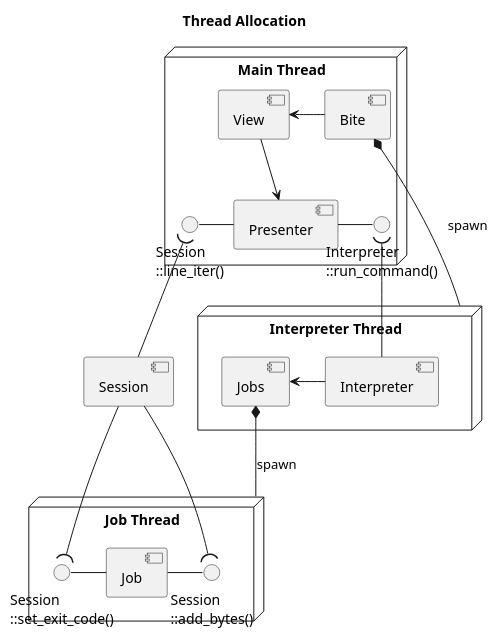
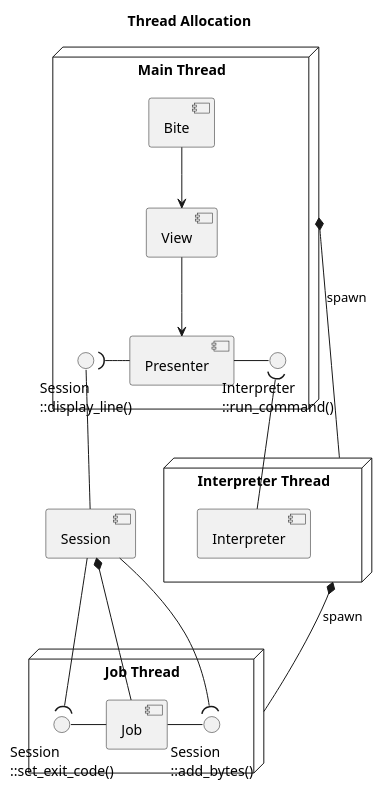
One commit to LarsEKrueger/bite changed the second of 6 diagrams in doc/architecture.pu. Above: the diagram before and after it, drawn with PlantUML. The commit also changed other lines of this file, not shown here.

Commit message:
doc: Update architecture diagrams

```diff
--- a/doc/architecture.pu
+++ b/doc/architecture.pu
@@ -31,45 +29,44 @@
 @startuml
 title Thread Allocation
 
 component Session
 
 node "Main Thread" as Main_Thread {
   [Bite]
   [View]
   [Presenter]
-  interface "Session\n::line_iter()" as Session_view
+  interface "Session\n::display_line()" as Session_view
   interface "Interpreter\n::run_command()" as Interpreter_execute
 }
 
 node "Interpreter Thread" as Interpreter_Thread {
   [Interpreter]
-  [Jobs]
 }
 
 node "Job Thread" as Job_Thread {
   interface "Session\n::add_bytes()" as Session_add
   [Job]
   interface "Session\n::set_exit_code()" as Session_set_exit_code
 }
 
-Bite *-right- Interpreter_Thread : spawn
-Jobs *-- Job_Thread : spawn
-[Bite] -left-> [View]
+Session *-- Job
+
+Main_Thread *-- Interpreter_Thread : spawn
+Interpreter_Thread *-- Job_Thread : spawn
+[Bite] --> [View]
 [View] --> [Presenter]
 
-Interpreter -left-> Jobs
-
-Presenter -left- Session_view
+Presenter -left-( Session_view
 Presenter - Interpreter_execute
 
-Session -up-( Session_view
+Session -up- Session_view
 Session --( Session_add
 
 Session --( Session_set_exit_code
 Job -left- Session_set_exit_code
 
 Job -right- Session_add
 
 Interpreter_execute )-down- Interpreter 
 
 @enduml
```
